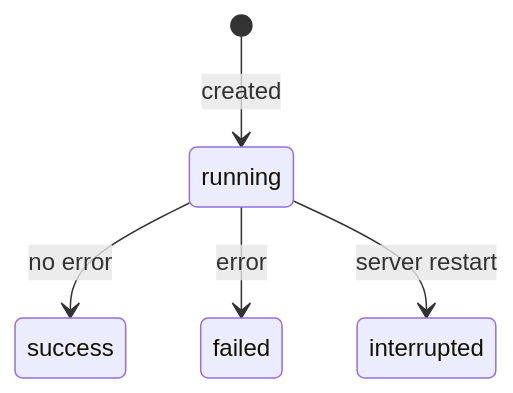
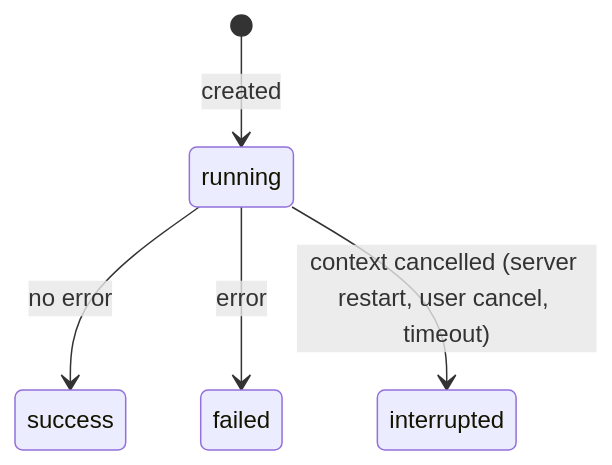
The second of 3 diagrams in docs/backend-dev-guide.md (MacXsimilian/kube-phoenix), drawn with Mermaid before and after one commit. The commit also changed other lines of this file and 7 other files, not shown here.

````diff
--- a/docs/backend-dev-guide.md
+++ b/docs/backend-dev-guide.md
@@ -653,7 +659,7 @@
 ```mermaid
 stateDiagram-v2
     [*] --> running: created
     running --> success: no error
     running --> failed: error
-    running --> interrupted: server restart
+    running --> interrupted: context cancelled (server restart, user cancel, timeout)
 ```
````
